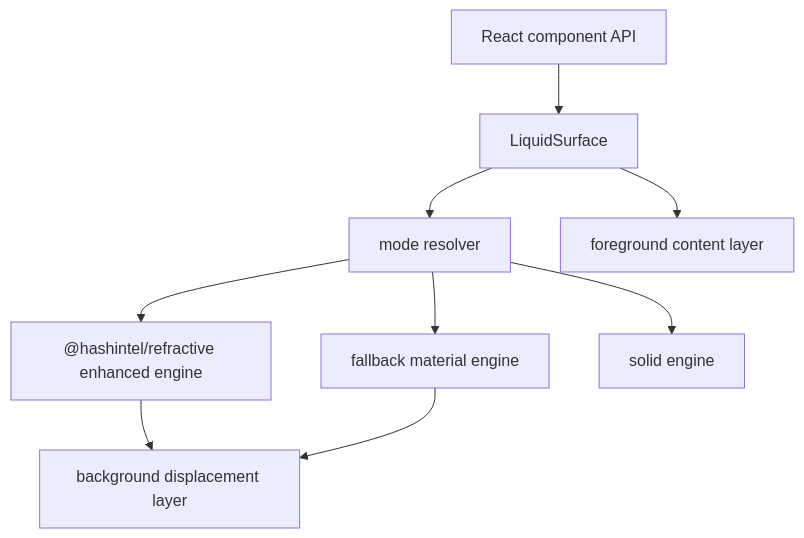
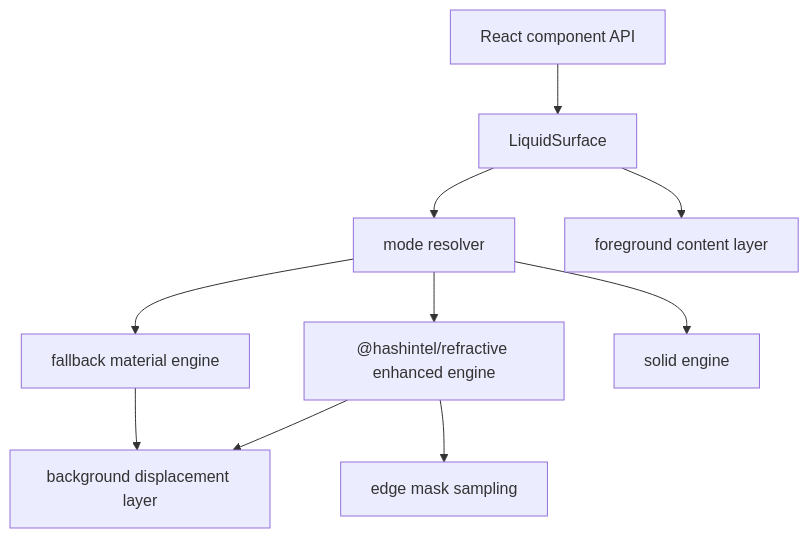
One commit to clean99/liquid-glass changed the diagram in docs/optics-architecture.md. Above: the diagram before and after it, drawn with Mermaid. The commit also changed other lines of this file and 7 other files, not shown here.

Commit message:
Add edge mask physics contract

````diff
--- a/docs/optics-architecture.md
+++ b/docs/optics-architecture.md
@@ -9,11 +9,12 @@
 ```mermaid
 flowchart TD
   A["React component API"] --> B["LiquidSurface"]
   B --> C["mode resolver"]
   C --> D["@hashintel/refractive enhanced engine"]
   C --> E["fallback material engine"]
   C --> F["solid engine"]
   B --> G["foreground content layer"]
   D --> H["background displacement layer"]
   E --> H
+  D --> I["edge mask sampling"]
 ```
````
